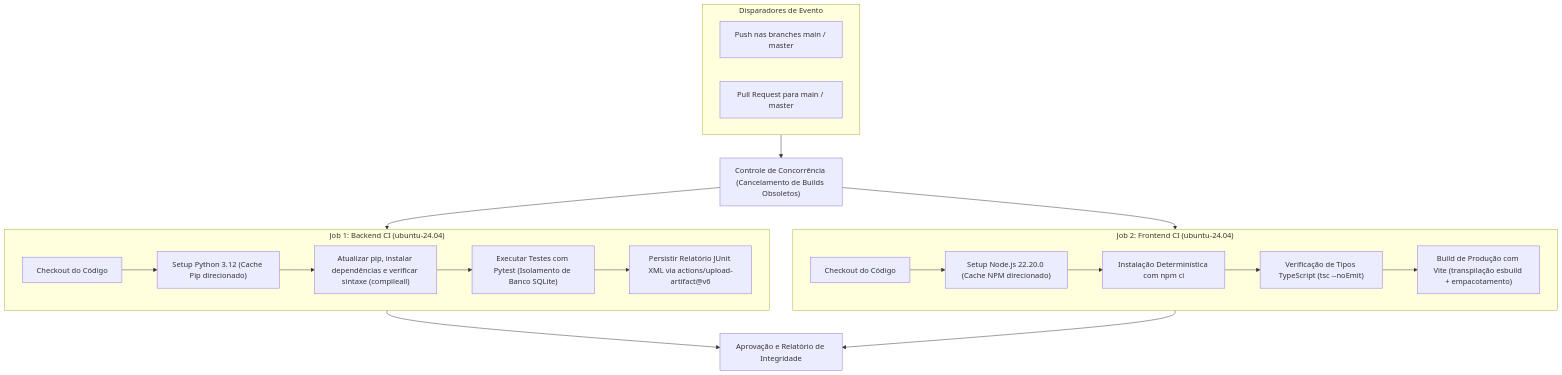
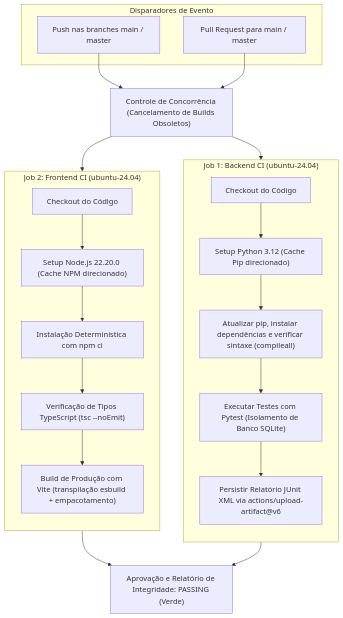
One commit to alexdaysonufca/sistema_acompanhamento_escolar_pi4_ep1 changed the diagram in README.md. Above: the diagram before and after it, drawn with Mermaid. The commit also changed other lines of this file and 32 other files, not shown here.

````diff
--- a/README.md
+++ b/README.md
@@ -35,29 +35,38 @@
 ```mermaid
 flowchart TD
     subgraph Trigger["Disparadores de Evento"]
         GitPush["Push nas branches main / master"]
         GitPR["Pull Request para main / master"]
     end
 
-    Trigger --> Concurrency["Controle de Concorrência (Cancelamento de Builds Obsoletos)"]
+    GitPush --> Concurrency["Controle de Concorrência (Cancelamento de Builds Obsoletos)"]
+    GitPR --> Concurrency
+
+    Concurrency --> B1
+    Concurrency --> F1
 
     subgraph BackendJob["Job 1: Backend CI (ubuntu-24.04)"]
-        B1["Checkout do Código"] --> B2["Setup Python 3.12 (Cache Pip direcionado)"]
-        B2 --> B3["Atualizar pip, instalar dependências e verificar sintaxe (compileall)"]
-        B3 --> B4["Executar Testes com Pytest (Isolamento de Banco SQLite)"]
-        B4 --> B5["Persistir Relatório JUnit XML via actions/upload-artifact@v6"]
+        direction TB
+        B1["Checkout do Código"]
+        B2["Setup Python 3.12 (Cache Pip direcionado)"]
+        B3["Atualizar pip, instalar dependências e verificar sintaxe (compileall)"]
+        B4["Executar Testes com Pytest (Isolamento de Banco SQLite)"]
+        B5["Persistir Relatório JUnit XML via actions/upload-artifact@v6"]
+
+        B1 --> B2 --> B3 --> B4 --> B5
     end
 
     subgraph FrontendJob["Job 2: Frontend CI (ubuntu-24.04)"]
-        F1["Checkout do Código"] --> F2["Setup Node.js 22.20.0 (Cache NPM direcionado)"]
-        F2 --> F3["Instalação Determinística com npm ci"]
-        F3 --> F4["Verificação de Tipos TypeScript (tsc --noEmit)"]
-        F4 --> F5["Build de Produção com Vite (transpilação esbuild + empacotamento)"]
+        direction TB
+        F1["Checkout do Código"]
+        F2["Setup Node.js 22.20.0 (Cache NPM direcionado)"]
+        F3["Instalação Determinística com npm ci"]
+        F4["Verificação de Tipos TypeScript (tsc --noEmit)"]
+        F5["Build de Produção com Vite (transpilação esbuild + empacotamento)"]
+
+        F1 --> F2 --> F3 --> F4 --> F5
     end
 
-    Concurrency --> BackendJob
-    Concurrency --> FrontendJob
-
-    BackendJob --> Status["Aprovação e Relatório de Integridade"]
-    FrontendJob --> Status
+    B5 --> Status["Aprovação e Relatório de Integridade: PASSING (Verde)"]
+    F5 --> Status
 ```
````
